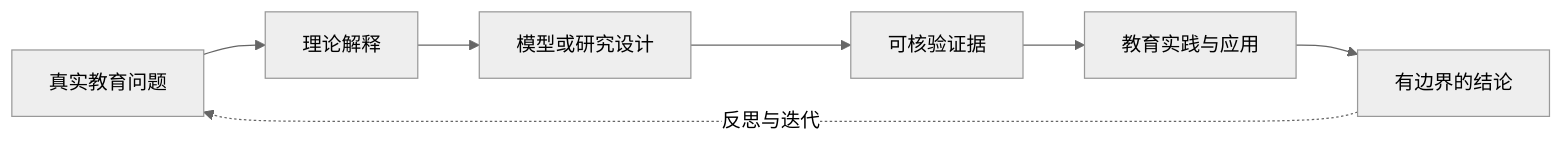
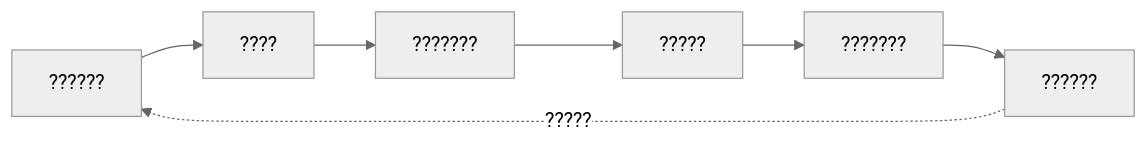
One commit to Starry-cz/edtech-cssci-research-skill changed the diagram in README.md. Above: the diagram before and after it, drawn with Mermaid (neutral theme). The commit also changed other lines of this file and 20 other files, not shown here.

````diff
--- a/README.md
+++ b/README.md
@@ -105,9 +108,9 @@
 ```mermaid
 flowchart LR
-    A[真实教育问题] --> B[理论解释]
-    B --> C[模型或研究设计]
-    C --> D[可核验证据]
-    D --> E[教育实践与应用]
-    E --> F[有边界的结论]
-    F -.反思与迭代.-> A
+    A[??????] --> B[????]
+    B --> C[???????]
+    C --> D[?????]
+    D --> E[???????]
+    E --> F[??????]
+    F -.?????.-> A
 ```
````
